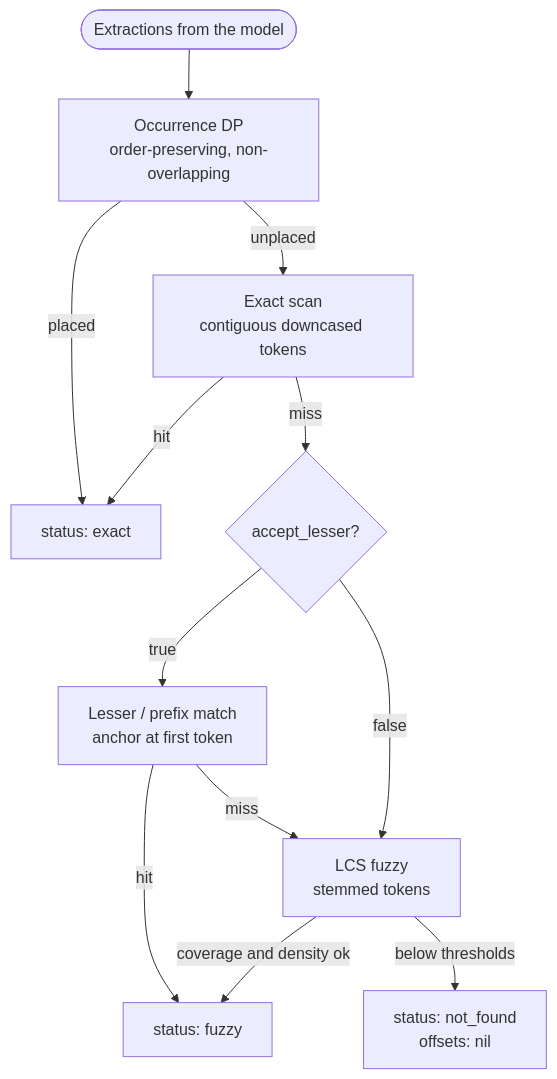
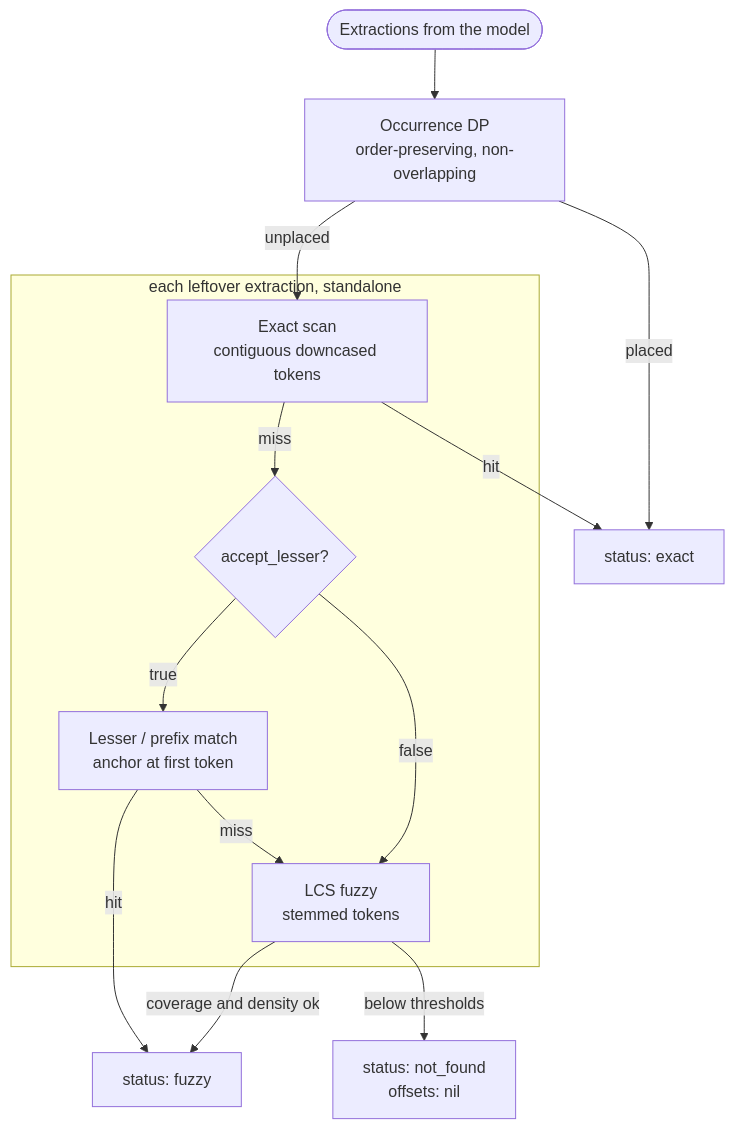
Before and after one commit to mdepolli/lang_extract: the diagram in guides/alignment.md, drawn with Mermaid. The commit also changed 2 other files, not shown here.

Commit message:
Diagram fixes from review: real arrows, bounded retries, boxed fall-through.

````diff
--- a/guides/alignment.md
+++ b/guides/alignment.md
@@ -78,14 +78,16 @@
 ```mermaid
 flowchart TD
     In([Extractions from the model]) --> DP["Occurrence DP<br/>order-preserving, non-overlapping"]
     DP -->|placed| ExactOut["status: exact"]
-    DP -->|unplaced| Exact["Exact scan<br/>contiguous downcased tokens"]
+    subgraph PerItem["each leftover extraction, standalone"]
+        Exact["Exact scan<br/>contiguous downcased tokens"] -->|miss| Lesser{accept_lesser?}
+        Lesser -->|true| Prefix["Lesser / prefix match<br/>anchor at first token"]
+        Prefix -->|miss| LCS
+        Lesser -->|false| LCS["LCS fuzzy<br/>stemmed tokens"]
+    end
+    DP -->|unplaced| Exact
     Exact -->|hit| ExactOut
-    Exact -->|miss| Lesser{accept_lesser?}
-    Lesser -->|true| Prefix["Lesser / prefix match<br/>anchor at first token"]
     Prefix -->|hit| FuzzyOut["status: fuzzy"]
-    Prefix -->|miss| LCS
-    Lesser -->|false| LCS["LCS fuzzy<br/>stemmed tokens"]
     LCS -->|"coverage and density ok"| FuzzyOut
     LCS -->|below thresholds| NF["status: not_found<br/>offsets: nil"]
 ```
````
